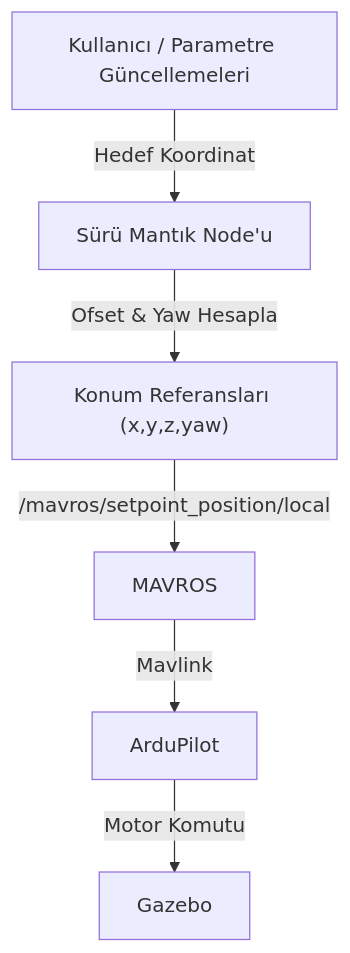
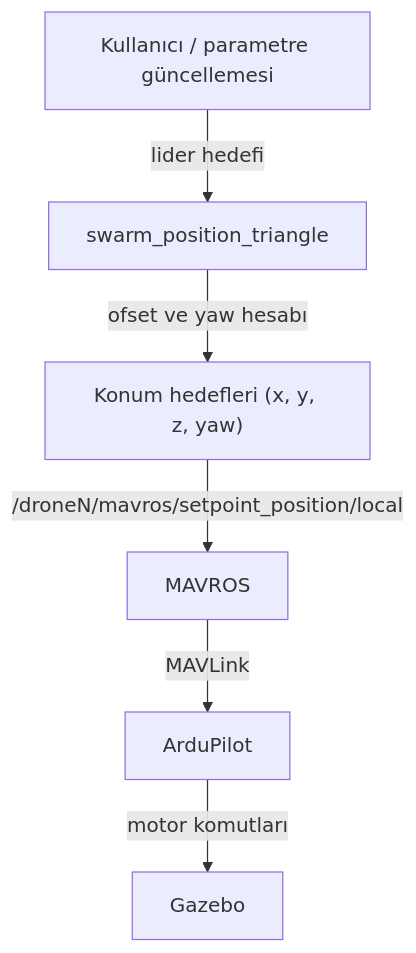
Before and after one commit to umranmeryemkarabakal/multi_drone_control_ws: the diagram in README.md, drawn with Mermaid. The commit also changed other lines of this file, not shown here.

````diff
--- a/README.md
+++ b/README.md
@@ -38,8 +25,8 @@
 ```mermaid
 graph TD;
-    User["Kullanıcı / Parametre Güncellemeleri"] -->|Hedef Koordinat| SwarmNode;
-    SwarmNode["Sürü Mantık Node'u"] -->|Ofset & Yaw Hesapla| Setpoints;
-    Setpoints["Konum Referansları (x,y,z,yaw)"] -->|/mavros/setpoint_position/local| MAVROS;
-    MAVROS -->|Mavlink| ArduPilot;
-    ArduPilot -->|Motor Komutu| Gazebo;
+    User["Kullanıcı / parametre güncellemesi"] -->|lider hedefi| SwarmNode;
+    SwarmNode["swarm_position_triangle"] -->|ofset ve yaw hesabı| Setpoints;
+    Setpoints["Konum hedefleri (x, y, z, yaw)"] -->|/droneN/mavros/setpoint_position/local| MAVROS;
+    MAVROS -->|MAVLink| ArduPilot;
+    ArduPilot -->|motor komutları| Gazebo;
 ```
````
